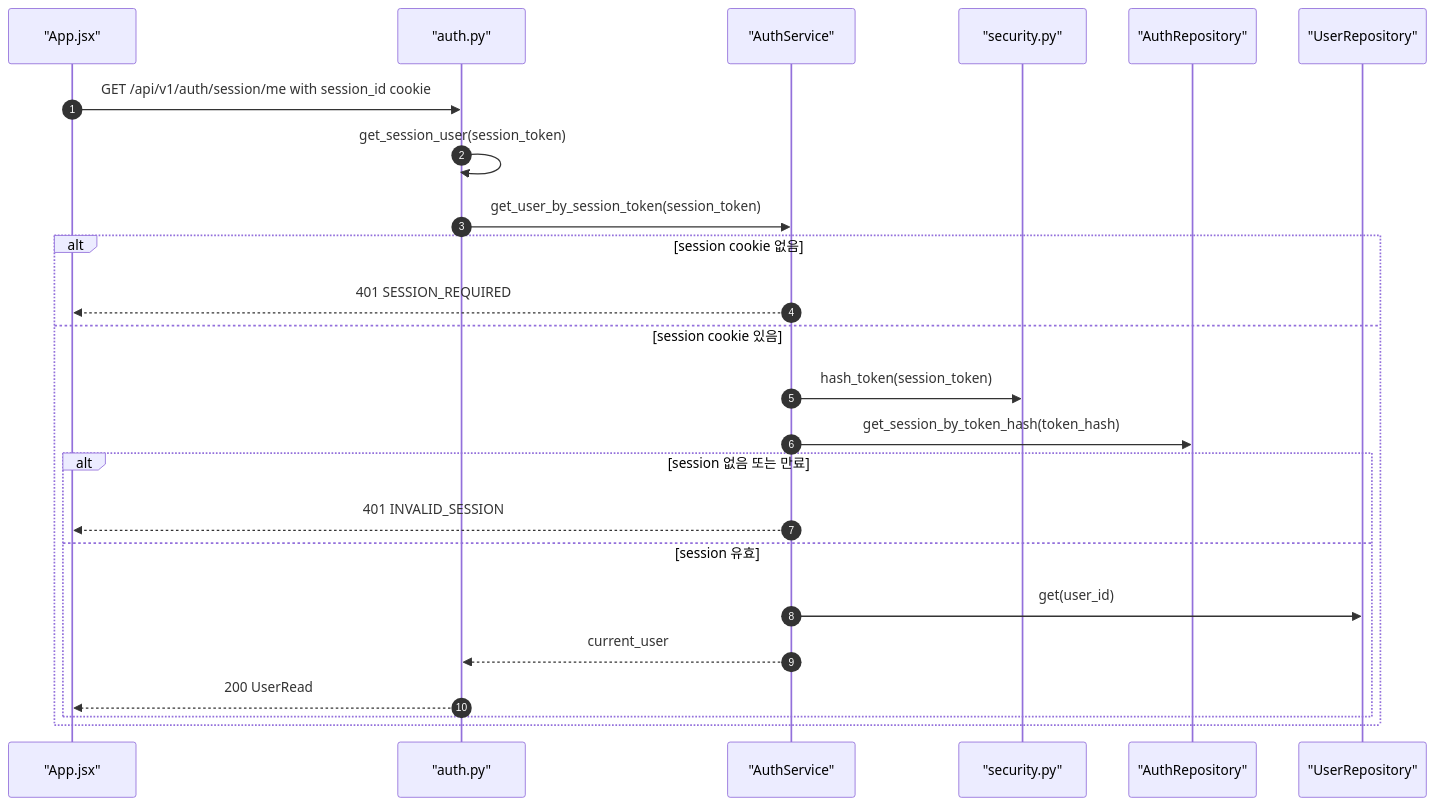
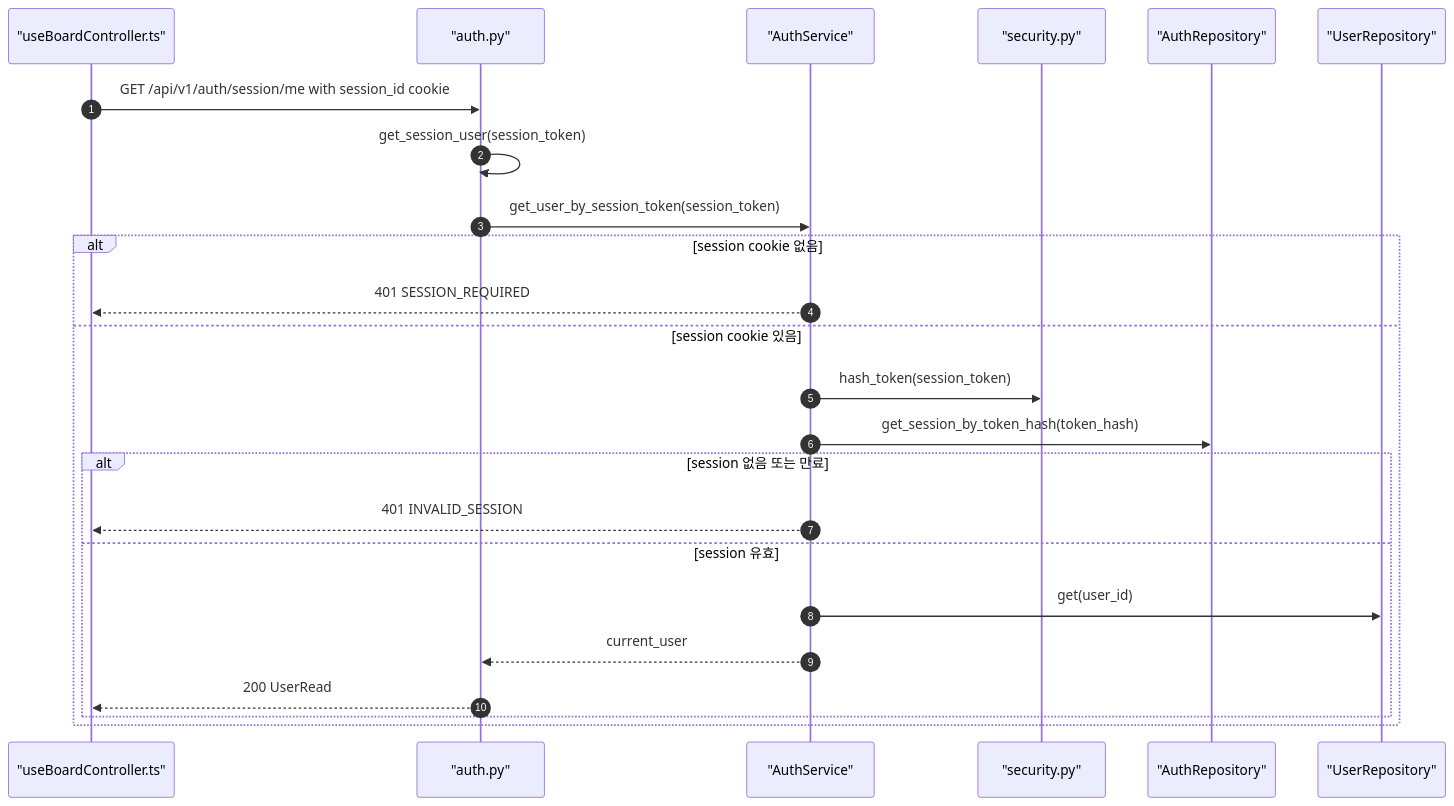
The sixth of 10 diagrams in docs2/sprint-2/implementation-record.md (JUNGLE-TEAM1/W16_team_sprint), drawn with Mermaid before and after one commit. The commit also changed other lines of this file and 5 other files, not shown here.

````diff
--- a/docs2/sprint-2/implementation-record.md
+++ b/docs2/sprint-2/implementation-record.md
@@ -339,27 +357,27 @@
 ```mermaid
 sequenceDiagram
     autonumber
-    participant UI as "App.jsx"
+    participant UI as "useBoardController.ts"
     participant AuthAPI as "auth.py"
     participant Service as "AuthService"
     participant Security as "security.py"
     participant AuthRepo as "AuthRepository"
     participant UserRepo as "UserRepository"
 
     UI->>AuthAPI: GET /api/v1/auth/session/me with session_id cookie
     AuthAPI->>AuthAPI: get_session_user(session_token)
     AuthAPI->>Service: get_user_by_session_token(session_token)
     alt session cookie 없음
         Service-->>UI: 401 SESSION_REQUIRED
     else session cookie 있음
         Service->>Security: hash_token(session_token)
         Service->>AuthRepo: get_session_by_token_hash(token_hash)
         alt session 없음 또는 만료
             Service-->>UI: 401 INVALID_SESSION
         else session 유효
             Service->>UserRepo: get(user_id)
             Service-->>AuthAPI: current_user
             AuthAPI-->>UI: 200 UserRead
         end
     end
 ```
````
